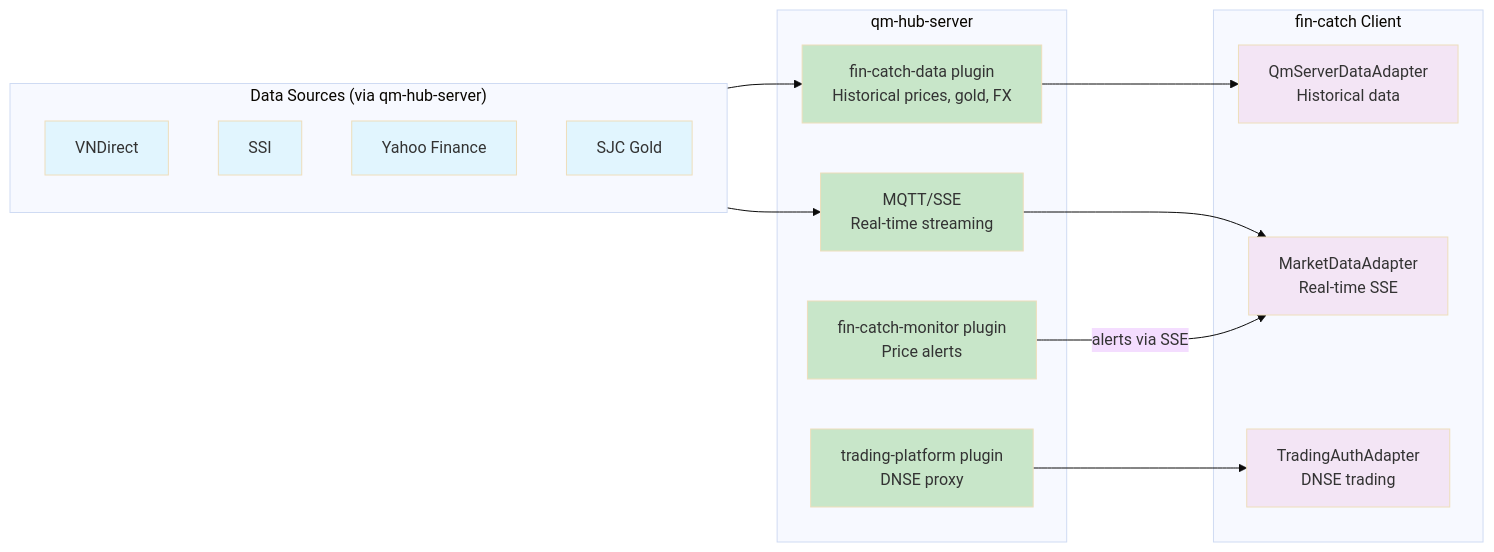
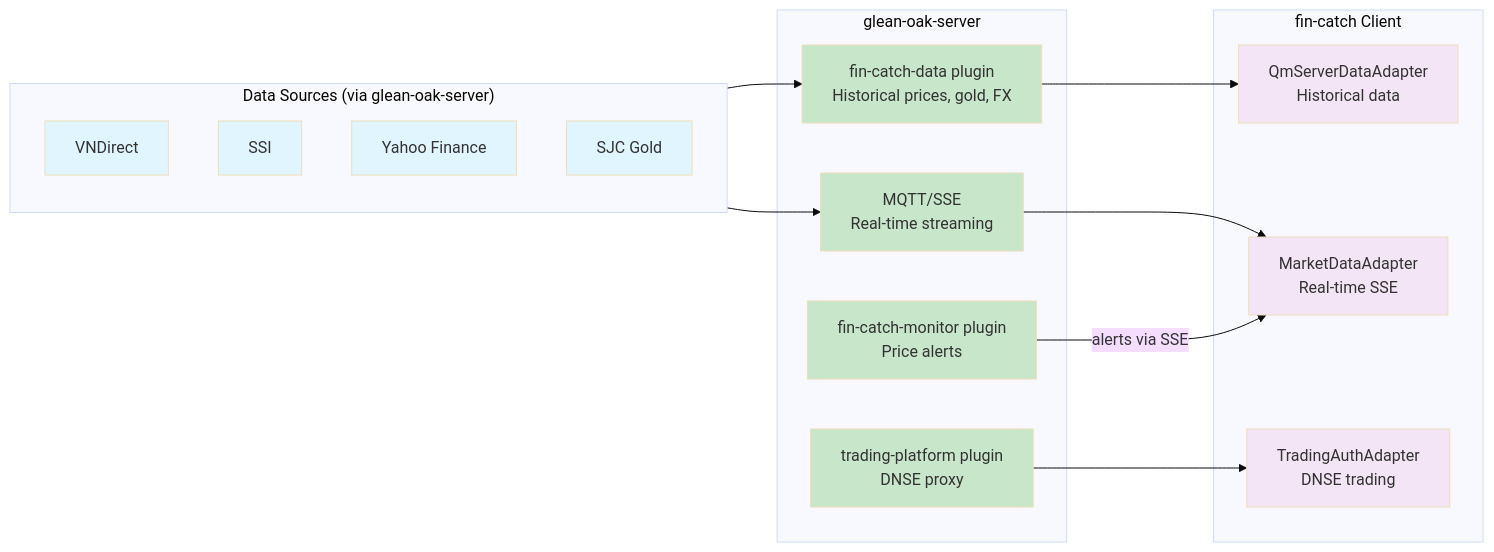
The eighth of 9 diagrams in docs/architecture.md (loidinhm31/fin-catch), drawn with Mermaid (base theme) before and after one commit. The commit also changed other lines of this file and 42 other files, not shown here.

````diff
--- a/docs/architecture.md
+++ b/docs/architecture.md
@@ -426,36 +426,36 @@
 ```mermaid
 flowchart LR
-    subgraph Sources["Data Sources (via qm-hub-server)"]
+    subgraph Sources["Data Sources (via glean-oak-server)"]
         VND[VNDirect]
         SSI[SSI]
         Yahoo[Yahoo Finance]
         SJC[SJC Gold]
     end
 
-    subgraph Server["qm-hub-server"]
+    subgraph Server["glean-oak-server"]
         FCD[fin-catch-data plugin<br/>Historical prices, gold, FX]
         FCM[fin-catch-monitor plugin<br/>Price alerts]
         FTP[trading-platform plugin<br/>DNSE proxy]
         MQ[MQTT/SSE<br/>Real-time streaming]
     end
 
     subgraph Client["fin-catch Client"]
         QmData[QmServerDataAdapter<br/>Historical data]
         MktData[MarketDataAdapter<br/>Real-time SSE]
         TrdAuth[TradingAuthAdapter<br/>DNSE trading]
     end
 
     Sources --> FCD
     Sources --> MQ
     FCD --> QmData
     MQ --> MktData
     FTP --> TrdAuth
     FCM -->|alerts via SSE| MktData
 
     classDef source fill:#e1f5fe
     classDef server fill:#c8e6c9
     classDef client fill:#f3e5f5
     class VND,SSI,Yahoo,SJC source
     class FCD,FCM,FTP,MQ server
     class QmData,MktData,TrdAuth client
 ```
````
